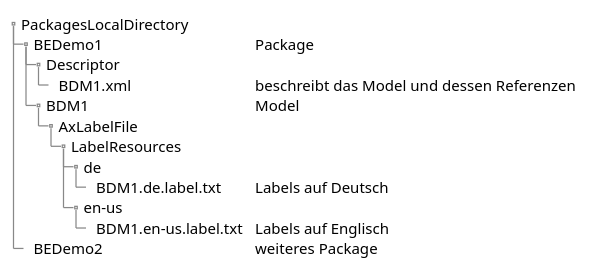
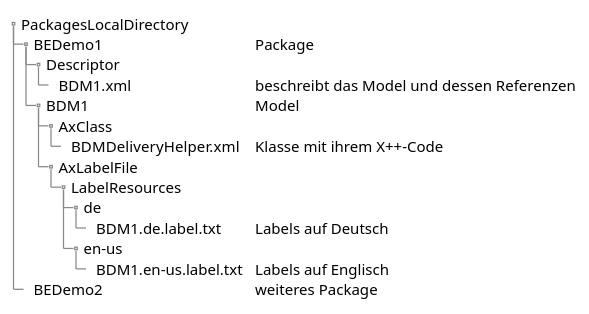
The diagram in documentation/diagrams/Verzeichnisstruktur.puml (Adyrem/diploma-label-localization), drawn with PlantUML before and after one commit. The commit also changed 25 other files, not shown here.

Commit message:
Lesbarkeit von Kapitel 1 bis 3, Überblick zu Dynamics 365, Vorgehen und Messwerte der Realisierung, Glossar ergänzt, Review des Experten im Betrieb

```diff
--- a/documentation/diagrams/Verzeichnisstruktur.puml
+++ b/documentation/diagrams/Verzeichnisstruktur.puml
@@ -1,21 +1,23 @@
 @startsalt
-' Ablage der Label-Dateien im Package-Verzeichnis der lokalen Installation.
+' Aufbau des Package-Verzeichnisses mit einem Element und den Label-Dateien.
 ' Pfade entsprechen dem synthetischen Demo-Datensatz.
-' Rendern: plantuml -tpng -charset UTF-8 Verzeichnisstruktur.puml
+' Rendern: plantuml -tpng -charset UTF-8 -Sdpi=240 Verzeichnisstruktur.puml
 {
 {T
 + PackagesLocalDirectory
 ++ BEDemo1                       | Package
 +++ Descriptor
 ++++ BDM1.xml                    | beschreibt das Model und dessen Referenzen
 +++ BDM1                         | Model
+++++ AxClass
++++++ BDMDeliveryHelper.xml      | Klasse mit ihrem X++-Code
 ++++ AxLabelFile
 +++++ LabelResources
 ++++++ de
 +++++++ BDM1.de.label.txt        | Labels auf Deutsch
 ++++++ en-us
 +++++++ BDM1.en-us.label.txt     | Labels auf Englisch
 ++ BEDemo2                       | weiteres Package
 }
 }
 @endsalt
```
